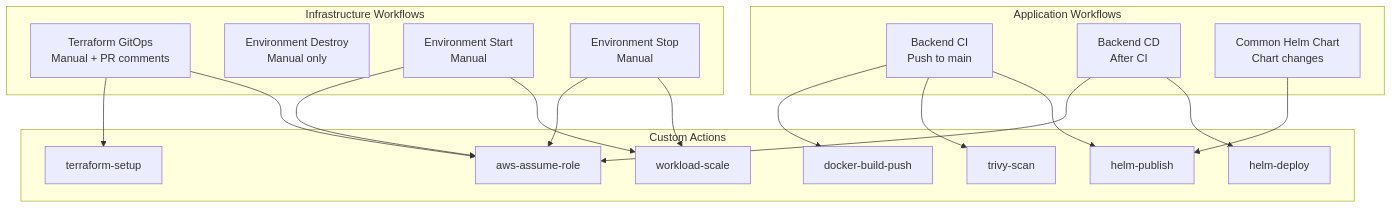
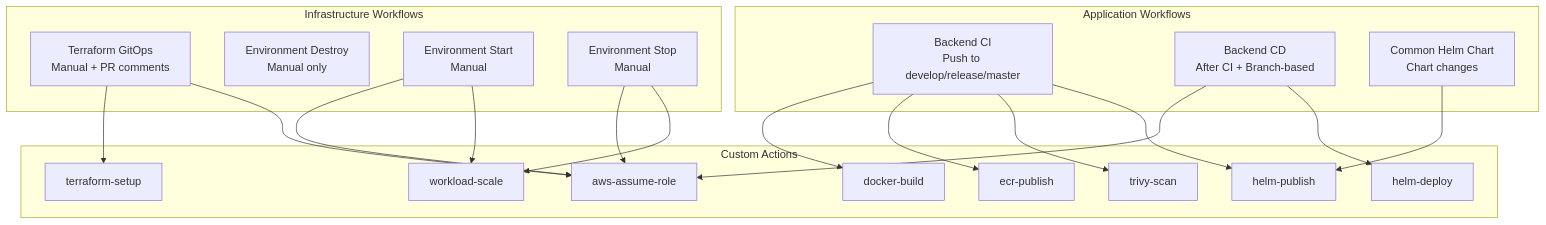
One commit to actekmetric/interview changed the fifth of 21 diagrams in sre/docs/ARCHITECTURE.md. Above: the diagram before and after it, drawn with Mermaid. The commit also changed other lines of this file and 26 other files, not shown here.

````diff
--- a/sre/docs/ARCHITECTURE.md
+++ b/sre/docs/ARCHITECTURE.md
@@ -285,43 +316,45 @@
 ```mermaid
 graph TB
     subgraph "Infrastructure Workflows"
         TF[Terraform GitOps<br/>Manual + PR comments]
         DESTROY[Environment Destroy<br/>Manual only]
         START[Environment Start<br/>Manual]
         STOP[Environment Stop<br/>Manual]
     end
 
     subgraph "Application Workflows"
-        CI[Backend CI<br/>Push to main]
-        CD[Backend CD<br/>After CI]
+        CI[Backend CI<br/>Push to develop/release/master]
+        CD[Backend CD<br/>After CI + Branch-based]
         COMMON[Common Helm Chart<br/>Chart changes]
     end
 
     subgraph "Custom Actions"
         TF_SETUP[terraform-setup]
         AWS_AUTH[aws-assume-role]
-        DOCKER_BUILD[docker-build-push]
+        DOCKER_BUILD[docker-build]
+        ECR_PUB[ecr-publish]
         TRIVY[trivy-scan]
         HELM_PUB[helm-publish]
         HELM_DEP[helm-deploy]
         SCALE[workload-scale]
     end
 
     TF --> TF_SETUP
     TF --> AWS_AUTH
 
     CI --> DOCKER_BUILD
+    CI --> ECR_PUB
     CI --> TRIVY
     CI --> HELM_PUB
 
     CD --> AWS_AUTH
     CD --> HELM_DEP
 
     STOP --> AWS_AUTH
     STOP --> SCALE
 
     START --> AWS_AUTH
     START --> SCALE
 
     COMMON --> HELM_PUB
 ```
````
